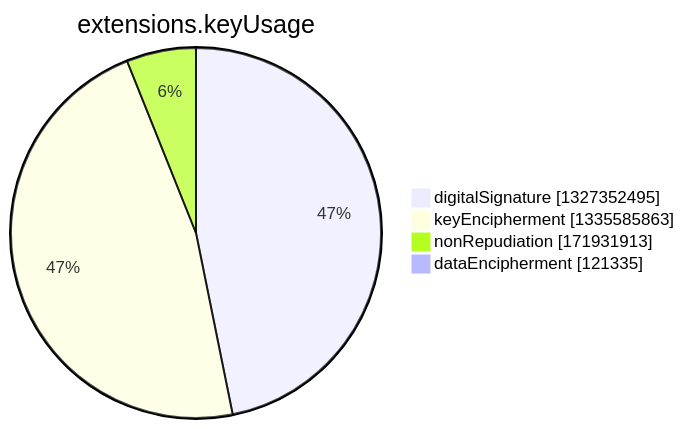
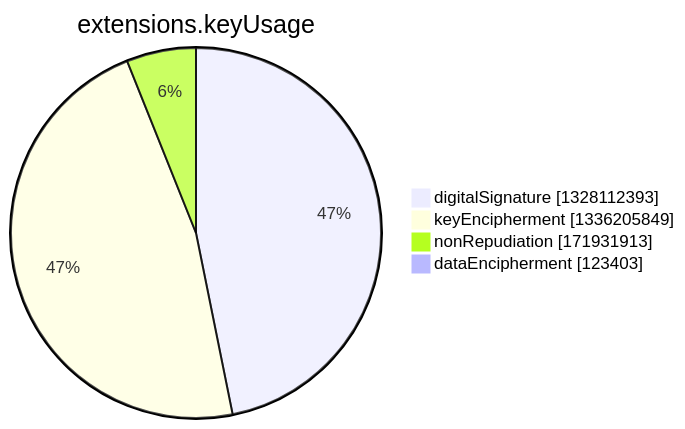
Before and after one commit to christiankrug/ctmonitor_visualization: the seventh of 15 diagrams in argon2022/README.md, drawn with Mermaid. The commit also changed other lines of this file, not shown here.

````diff
--- a/argon2022/README.md
+++ b/argon2022/README.md
@@ -2750,8 +2750,8 @@
 ```mermaid
 pie showData
 title extensions.keyUsage
-"digitalSignature" :1327352495
-"keyEncipherment" :1335585863
+"digitalSignature" :1328112393
+"keyEncipherment" :1336205849
 "nonRepudiation" :171931913
-"dataEncipherment" :121335
+"dataEncipherment" :123403
 ```
````
